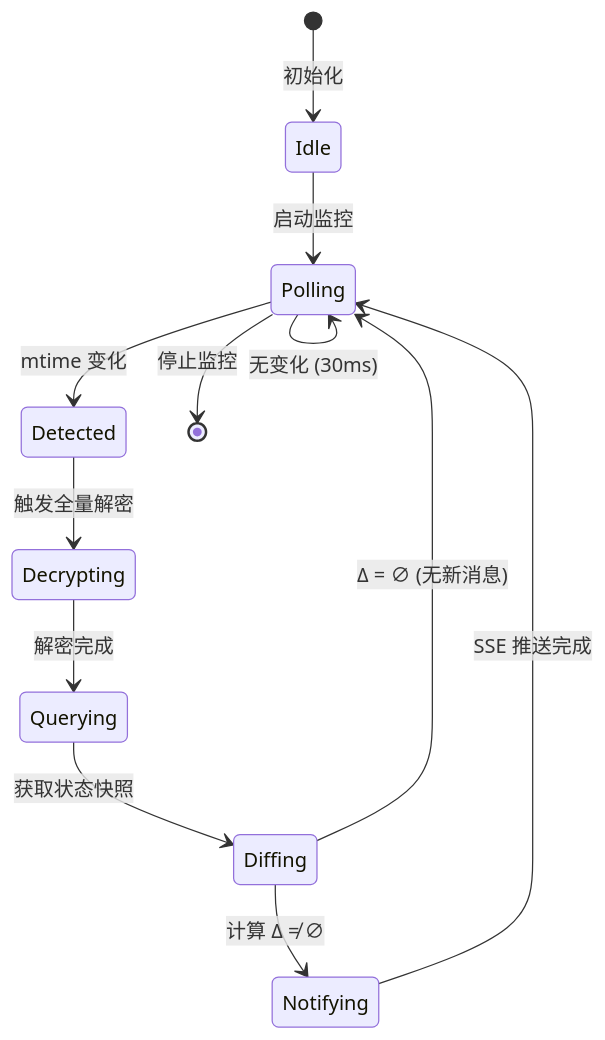
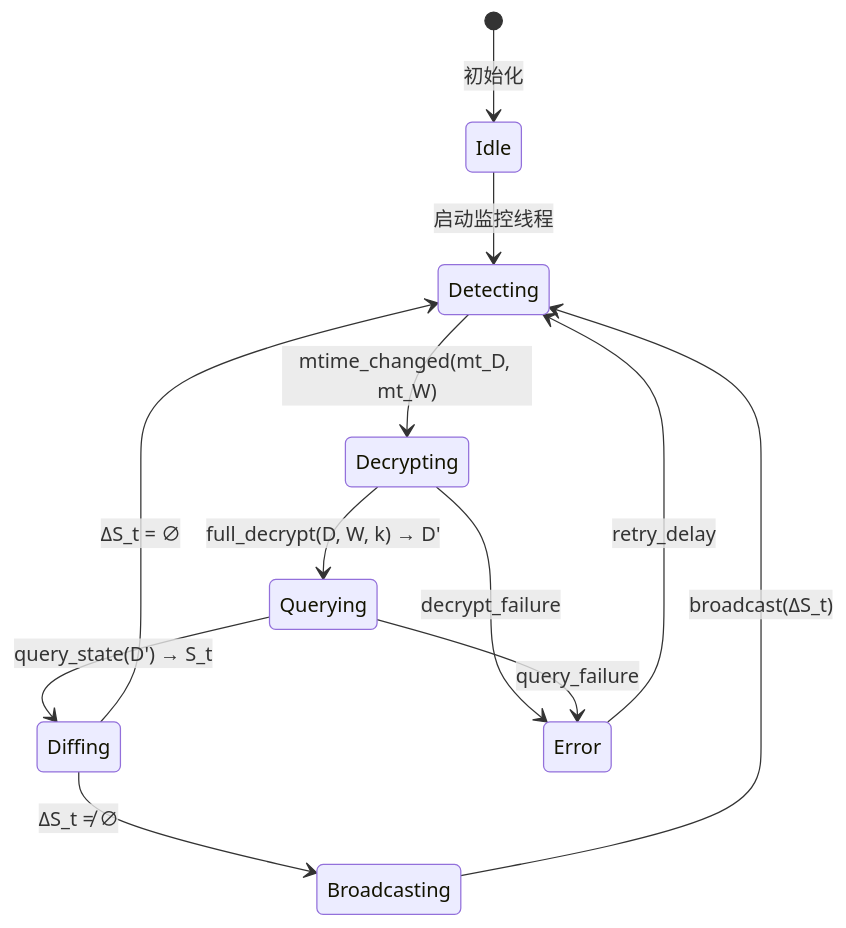
The first of 3 diagrams in public/wechat-decrypt/guide-core-algorithms-incremental-db-monitoring.md (nerdneilsfield/code-wiki-pages), drawn with Mermaid before and after one commit. The commit also changed other lines of this file and 33 other files, not shown here.

````diff
--- a/public/wechat-decrypt/guide-core-algorithms-incremental-db-monitoring.md
+++ b/public/wechat-decrypt/guide-core-algorithms-incremental-db-monitoring.md
@@ -79,19 +92,22 @@
 ```mermaid
 stateDiagram-v2
-    [*] --> Idle: 初始化
+    [*] --> Idle : 初始化
     
-    Idle --> Polling: 启动监控
-    Polling --> Detected: mtime 变化
-    Polling --> Polling: 无变化 (30ms)
+    Idle --> Detecting : 启动监控线程
     
-    Detected --> Decrypting: 触发全量解密
-    Decrypting --> Querying: 解密完成
+    Detecting --> Decrypting : mtime_changed(mt_D, mt_W)
     
-    Querying --> Diffing: 获取状态快照
-    Diffing --> Notifying: 计算 Δ ≠ ∅
-    Diffing --> Polling: Δ = ∅ (无新消息)
+    Decrypting --> Querying : full_decrypt(D, W, k) → D'
     
-    Notifying --> Polling: SSE 推送完成
+    Querying --> Diffing : query_state(D') → S_t
     
-    Polling --> [*]: 停止监控
+    Diffing --> Broadcasting : ΔS_t ≠ ∅
+    Diffing --> Detecting : ΔS_t = ∅
+    
+    Broadcasting --> Detecting : broadcast(ΔS_t)
+    
+    Decrypting --> Error : decrypt_failure
+    Querying --> Error : query_failure
+    
+    Error --> Detecting : retry_delay
 ```
````
